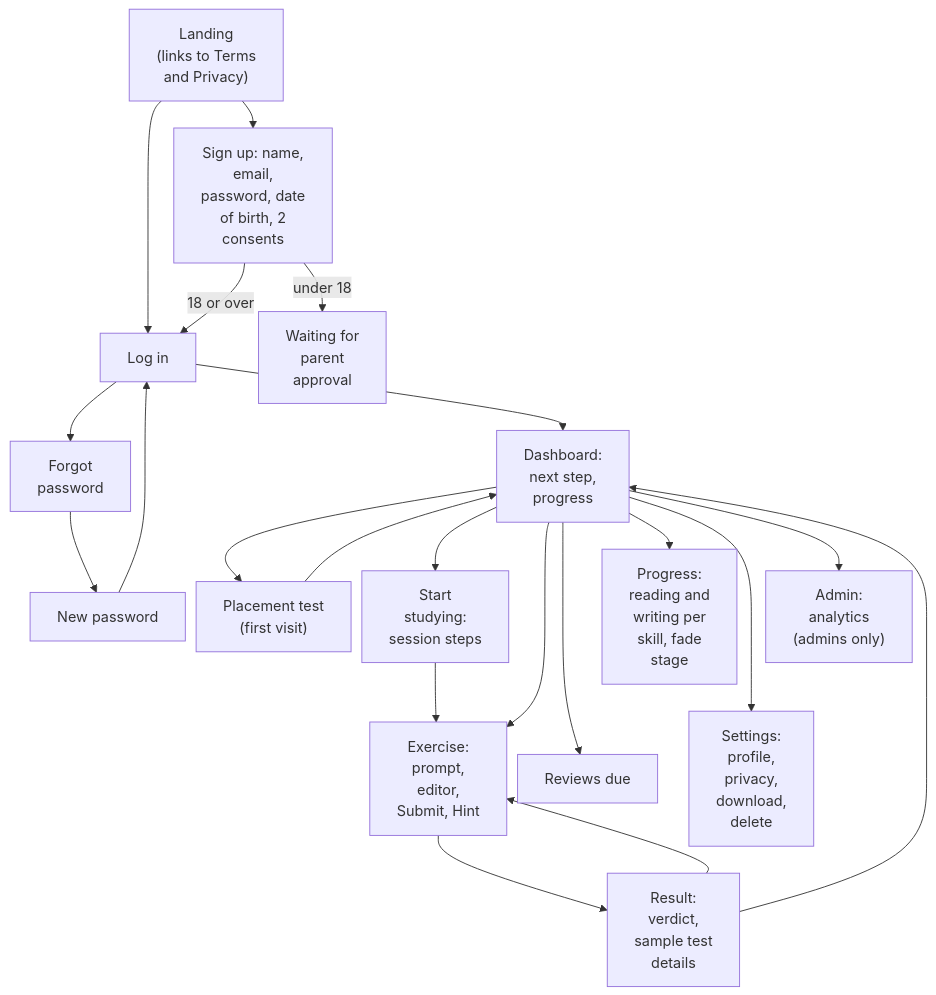
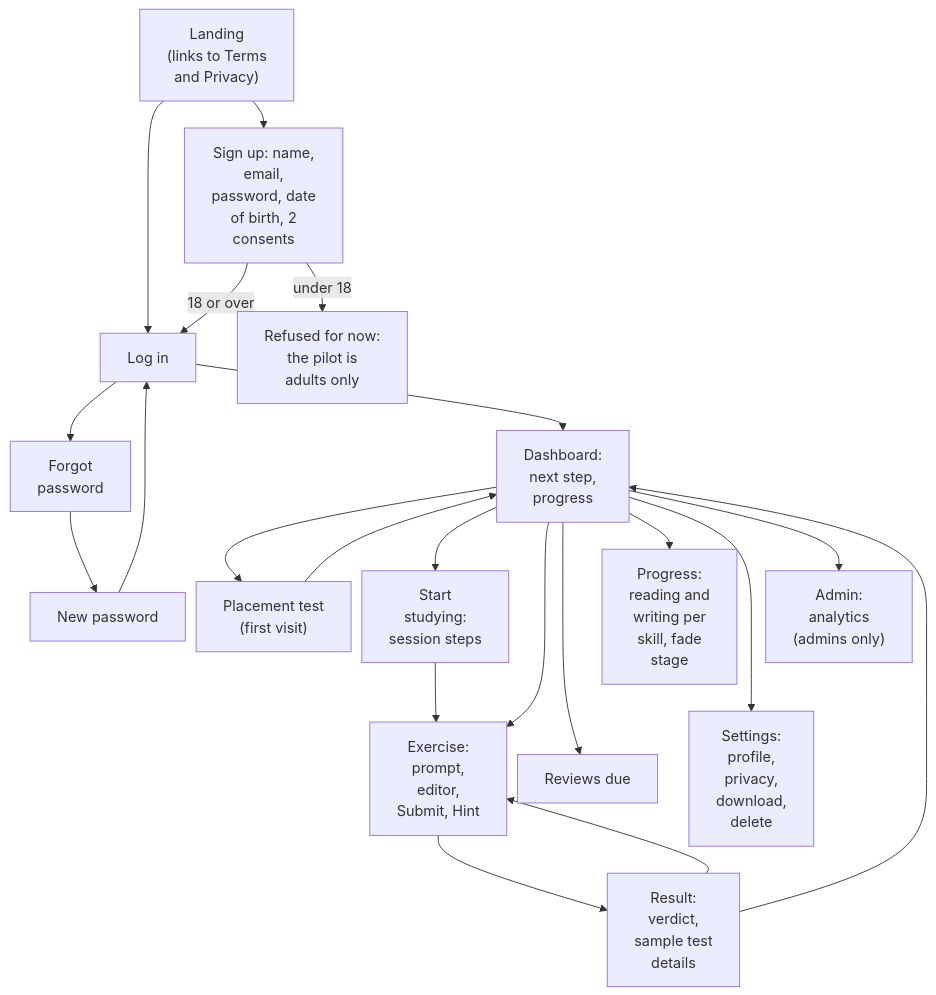
Diagram 22 of 24 in DOCS/phase-3/MP3-Draft-Report.md (Nidanos/ai-tutor-platform), drawn with Mermaid before and after one commit. The commit also changed other lines of this file and 1 other file, not shown here.

Commit message:
docs: update the phase 3 report for CI, the code purge, the adults-only pilot and the demo walk

````diff
--- a/DOCS/phase-3/MP3-Draft-Report.md
+++ b/DOCS/phase-3/MP3-Draft-Report.md
@@ -1739,31 +1744,31 @@
 ```mermaid
 ---
 config:
   flowchart:
     nodeSpacing: 12
     rankSpacing: 30
 ---
 flowchart TD
   L["Landing<br/>(links to Terms<br/>and Privacy)"] --> R["Sign up: name,<br/>email,<br/>password, date<br/>of birth, 2<br/>consents"]
   L --> LI["Log in"]
   LI --> FP["Forgot<br/>password"]
   FP --> RP["New password"]
   RP --> LI
   R -->|18 or over| LI
-  R -->|under 18| P["Waiting for<br/>parent<br/>approval"]
+  R -->|under 18| P["Refused for now:<br/>the pilot is<br/>adults only"]
   LI --> D["Dashboard:<br/>next step,<br/>progress"]
   D --> DG["Placement test<br/>(first visit)"]
   DG --> D
   D --> SS["Start<br/>studying:<br/>session steps"]
   SS --> EX
   D --> EX["Exercise:<br/>prompt,<br/>editor,<br/>Submit, Hint"]
   EX --> RS["Result:<br/>verdict,<br/>sample test<br/>details"]
   RS --> EX
   RS --> D
   D --> PR["Progress:<br/>reading and<br/>writing per<br/>skill, fade<br/>stage"]
   D --> RV["Reviews due"]
   D --> AD["Admin:<br/>analytics<br/>(admins only)"]
   D --> ST["Settings:<br/>profile,<br/>privacy,<br/>download,<br/>delete"]
   PR ~~~ RV
   AD ~~~ ST
 ```
````
